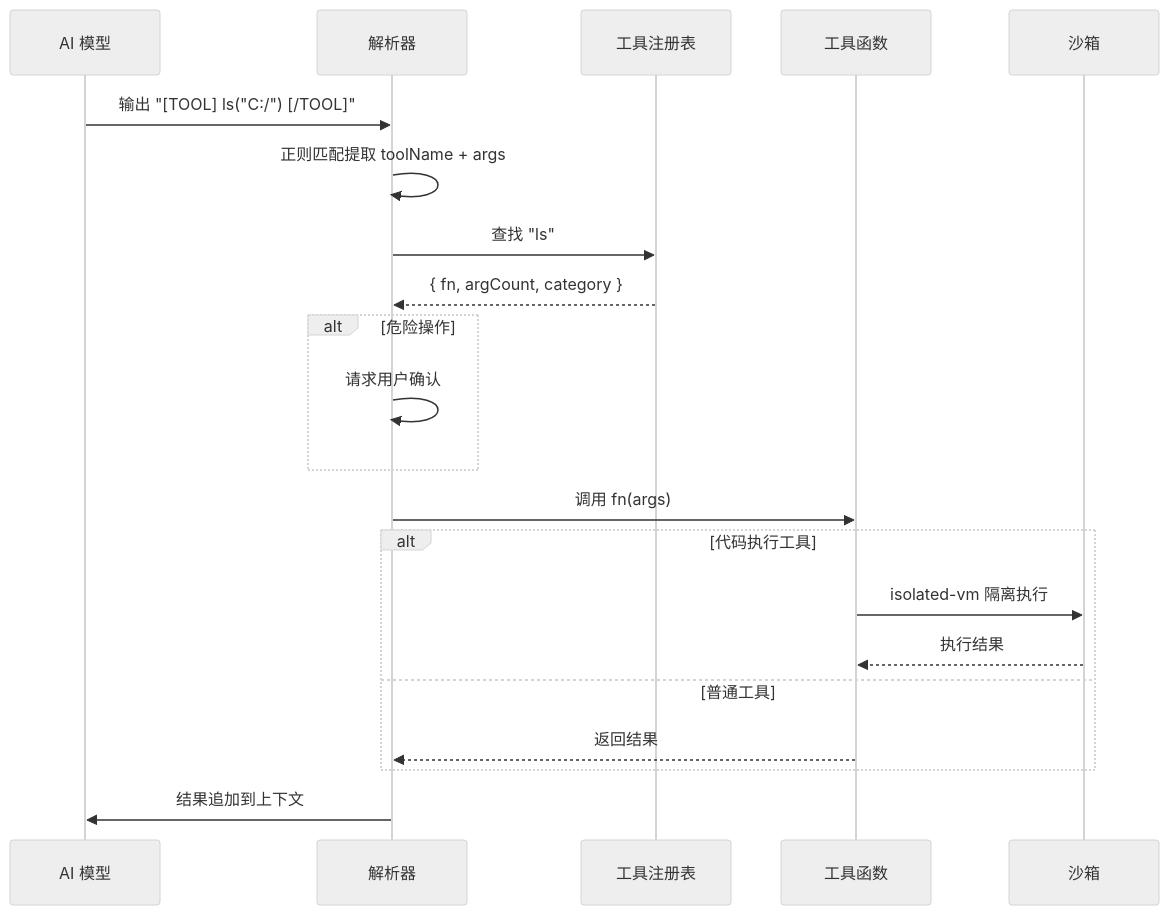
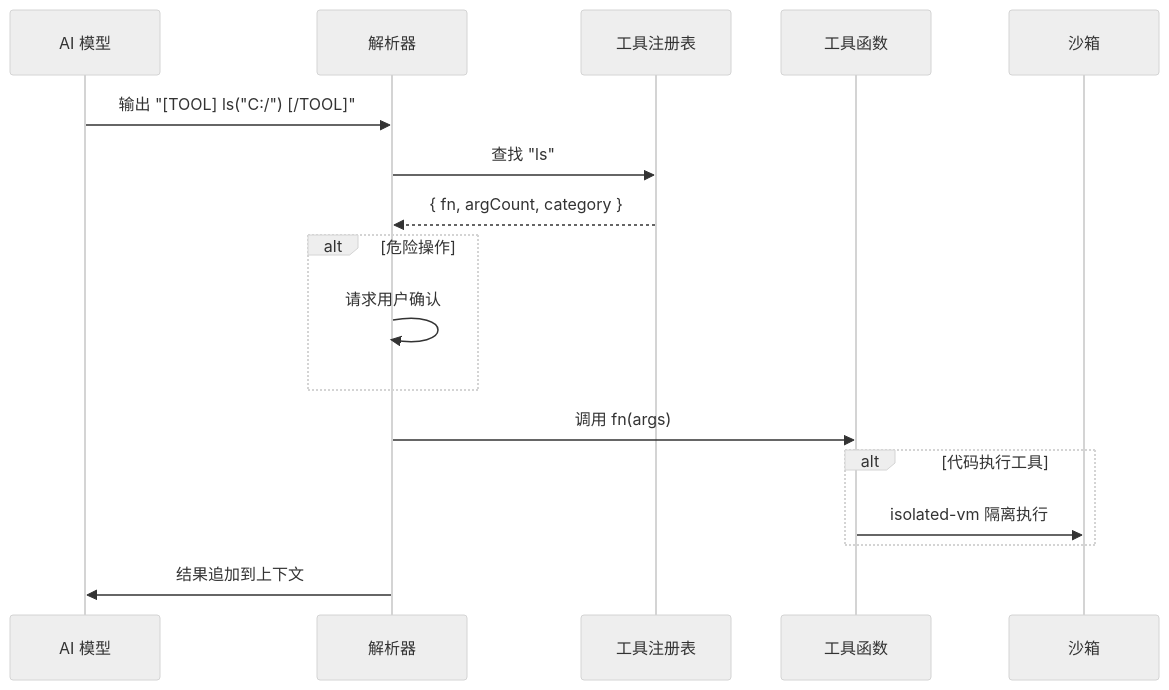
One commit to 1486853830/CogitoAgent changed the third of 5 diagrams in README.md. Above: the diagram before and after it, drawn with Mermaid (neutral theme). The commit also changed other lines of this file, not shown here.

````diff
--- a/README.md
+++ b/README.md
@@ -89,28 +648,24 @@
 ```mermaid
 sequenceDiagram
     participant AI as AI 模型
     participant Parser as 解析器
     participant Registry as 工具注册表
     participant Tool as 工具函数
     participant Sandbox as 沙箱
     
     AI->>Parser: 输出 "[TOOL] ls("C:/") [/TOOL]"
-    Parser->>Parser: 正则匹配提取 toolName + args
     Parser->>Registry: 查找 "ls"
     Registry-->>Parser: { fn, argCount, category }
     
     alt 危险操作
         Parser->>Parser: 请求用户确认
     end
     
     Parser->>Tool: 调用 fn(args)
     
     alt 代码执行工具
         Tool->>Sandbox: isolated-vm 隔离执行
-        Sandbox-->>Tool: 执行结果
-    else 普通工具
-        Tool-->>Parser: 返回结果
     end
     
     Parser->>AI: 结果追加到上下文
 ```
````
